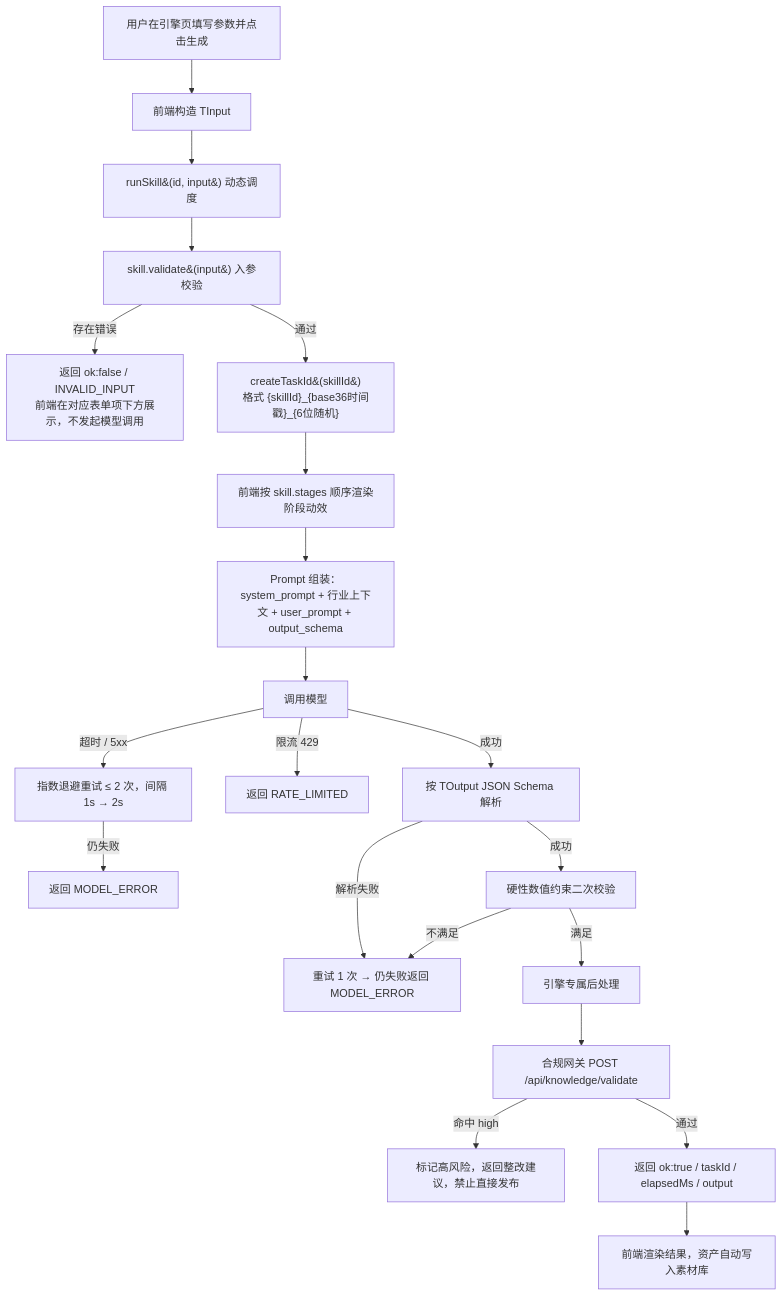
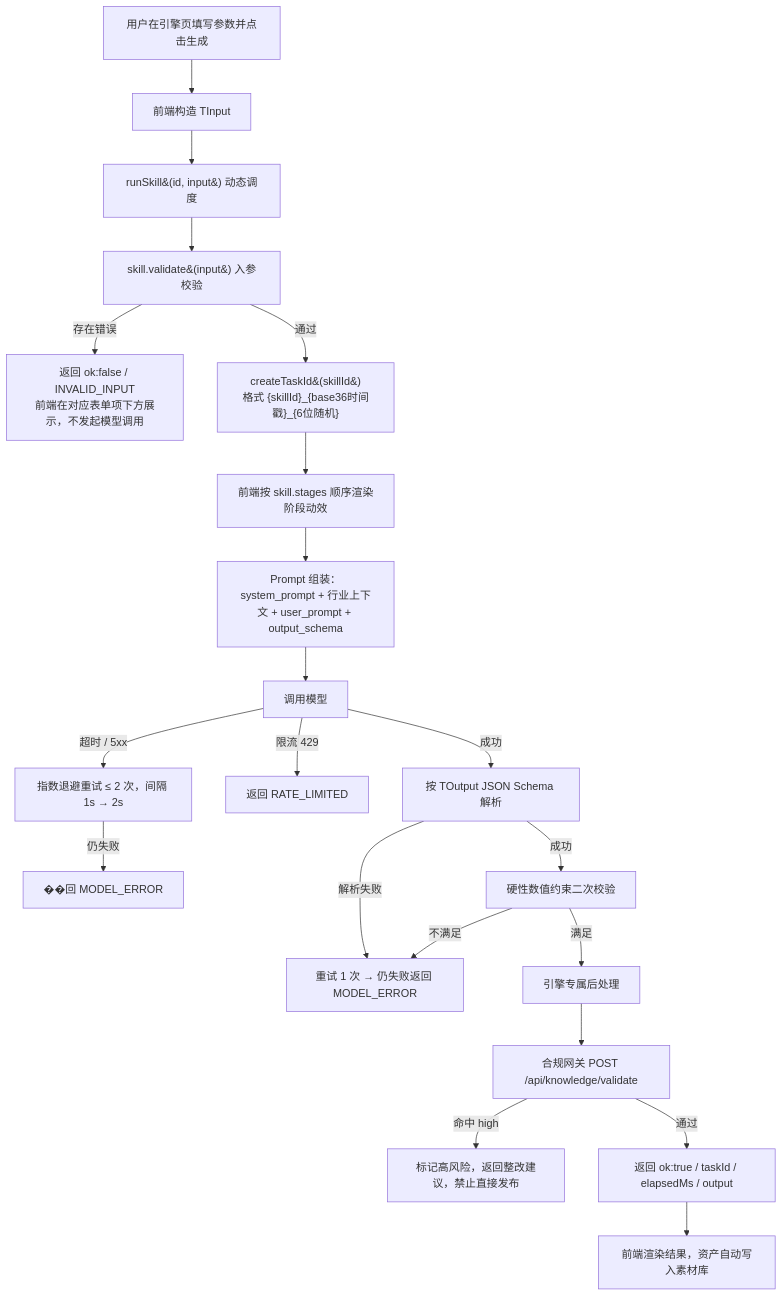
The first of 5 diagrams in docs/车智绘AutoAIGC-PRD-v2.0.md (yangyang0723-ai/autoaigc), drawn with Mermaid before and after one commit. The commit also changed other lines of this file and 6 other files, not shown here.

````diff
--- a/docs/车智绘AutoAIGC-PRD-v2.0.md
+++ b/docs/车智绘AutoAIGC-PRD-v2.0.md
@@ -242,23 +242,23 @@
 ```mermaid
 flowchart TD
   A[用户在引擎页填写参数并点击生成] --> B[前端构造 TInput]
   B --> C["runSkill&#40;id, input&#41; 动态调度"]
   C --> D["skill.validate&#40;input&#41; 入参校验"]
   D -- 存在错误 --> D1["返回 ok:false / INVALID_INPUT<br/>前端在对应表单项下方展示，不发起模型调用"]
   D -- 通过 --> E["createTaskId&#40;skillId&#41;<br/>格式 {skillId}_{base36时间戳}_{6位随机}"]
   E --> F[前端按 skill.stages 顺序渲染阶段动效]
   F --> G["Prompt 组装：system_prompt + 行业上下文 + user_prompt + output_schema"]
   G --> H[调用模型]
   H -- 超时 / 5xx --> H1[指数退避重试 ≤ 2 次，间隔 1s → 2s]
-  H1 -- 仍失败 --> H2[返回 MODEL_ERROR]
+  H1 -- 仍失败 --> H2[��回 MODEL_ERROR]
   H -- 限流 429 --> H3[返回 RATE_LIMITED]
   H -- 成功 --> I[按 TOutput JSON Schema 解析]
   I -- 解析失败 --> I1[重试 1 次 → 仍失败返回 MODEL_ERROR]
   I -- 成功 --> J[硬性数值约束二次校验]
   J -- 不满足 --> I1
   J -- 满足 --> K[引擎专属后处理]
   K --> L["合规网关 POST /api/knowledge/validate"]
   L -- 命中 high --> L1[标记高风险，返回整改建议，禁止直接发布]
   L -- 通过 --> M[返回 ok:true / taskId / elapsedMs / output]
   M --> N[前端渲染结果，资产自动写入素材库]
 ```
````
